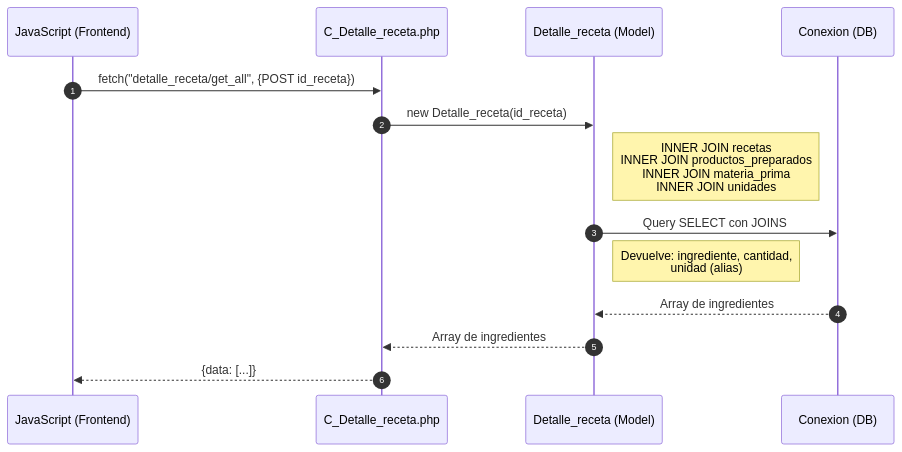
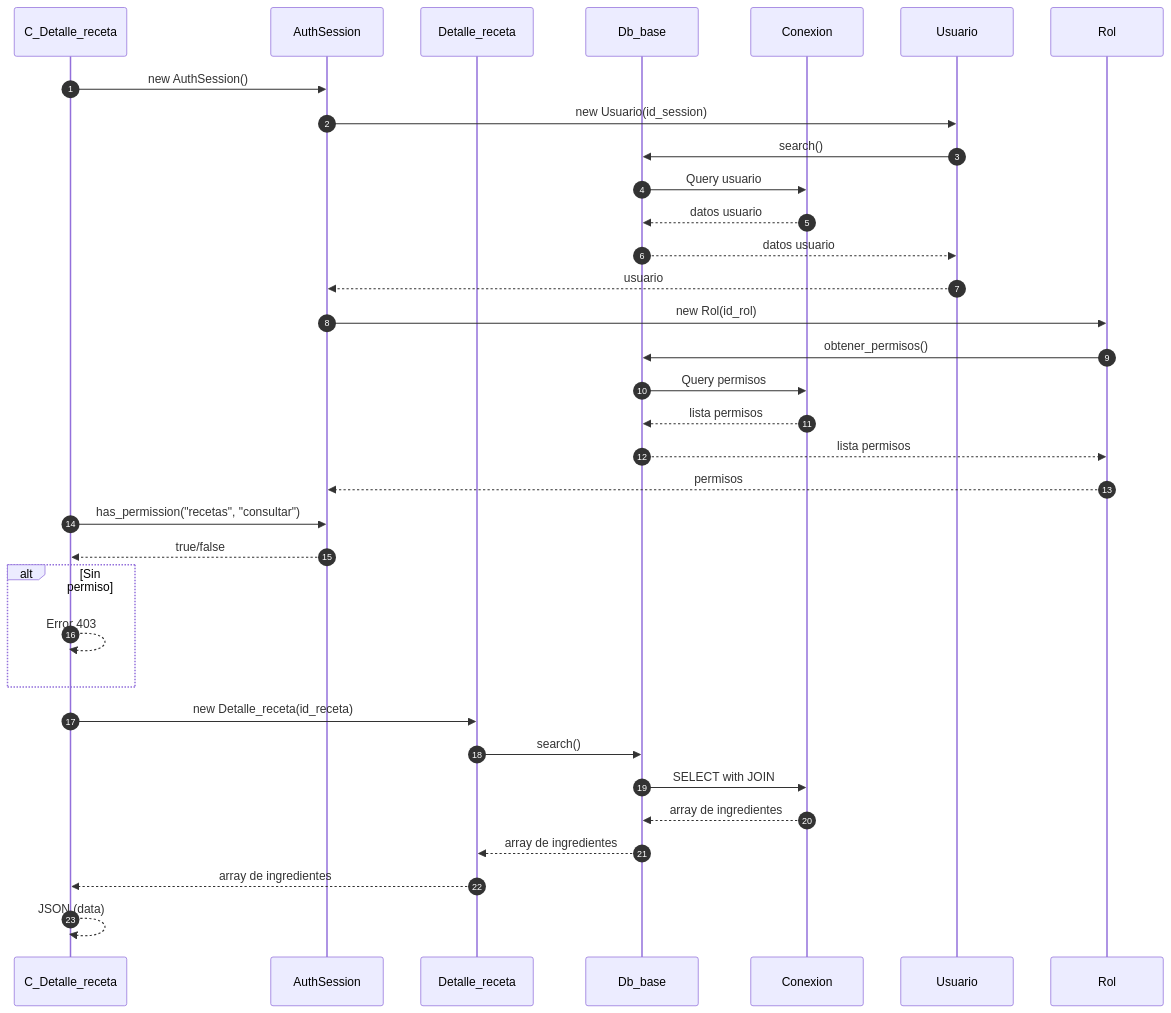
One commit to Tecrato/BurgerHouse changed the third of 5 diagrams in docs/secuencia/recetas/recetas.md. Above: the diagram before and after it, drawn with Mermaid. The commit also changed other lines of this file and 13 other files, not shown here.

First line of the commit message:
diagramas actualizaos

````diff
--- a/docs/secuencia/recetas/recetas.md
+++ b/docs/secuencia/recetas/recetas.md
@@ -64,20 +103,40 @@
 ```mermaid
 sequenceDiagram
     autonumber
-    participant JS as JavaScript (Frontend)
-    participant C_Detalle_receta as C_Detalle_receta.php
-    participant Detalle_receta as Detalle_receta (Model)
-    participant DB as Conexion (DB)
+    participant C_Detalle_receta as C_Detalle_receta
+    participant AuthSession as AuthSession
+    participant Detalle_receta as Detalle_receta
+    participant Db_base as Db_base
+    participant Conexion as Conexion
     
-    JS->>C_Detalle_receta: fetch("detalle_receta/get_all", {POST id_receta})
+    C_Detalle_receta->>AuthSession: new AuthSession()
+    AuthSession->>Usuario: new Usuario(id_session)
+    Usuario->>Db_base: search()
+    Db_base->>Conexion: Query usuario
+    Conexion-->>Db_base: datos usuario
+    Db_base-->>Usuario: datos usuario
+    Usuario-->>AuthSession: usuario
+    
+    AuthSession->>Rol: new Rol(id_rol)
+    Rol->>Db_base: obtener_permisos()
+    Db_base->>Conexion: Query permisos
+    Conexion-->>Db_base: lista permisos
+    Db_base-->>Rol: lista permisos
+    Rol-->>AuthSession: permisos
+    
+    C_Detalle_receta->>AuthSession: has_permission("recetas", "consultar")
+    AuthSession-->>C_Detalle_receta: true/false
+    
+    alt Sin permiso
+        C_Detalle_receta-->>C_Detalle_receta: Error 403
+    end
     
     C_Detalle_receta->>Detalle_receta: new Detalle_receta(id_receta)
+    Detalle_receta->>Db_base: search()
+    Db_base->>Conexion: SELECT with JOIN
+    Conexion-->>Db_base: array de ingredientes
+    Db_base-->>Detalle_receta: array de ingredientes
+    Detalle_receta-->>C_Detalle_receta: array de ingredientes
     
-    Note right of Detalle_receta: INNER JOIN recetas<br/>INNER JOIN productos_preparados<br/>INNER JOIN materia_prima<br/>INNER JOIN unidades
-    Detalle_receta->>DB: Query SELECT con JOINS
-    Note right of Detalle_receta: Devuelve: ingrediente, cantidad,<br/>unidad (alias)
-    DB-->>Detalle_receta: Array de ingredientes
-    Detalle_receta-->>C_Detalle_receta: Array de ingredientes
-    
-    C_Detalle_receta-->>JS: {data: [...]}
+    C_Detalle_receta-->>C_Detalle_receta: JSON (data)
 ```
````
